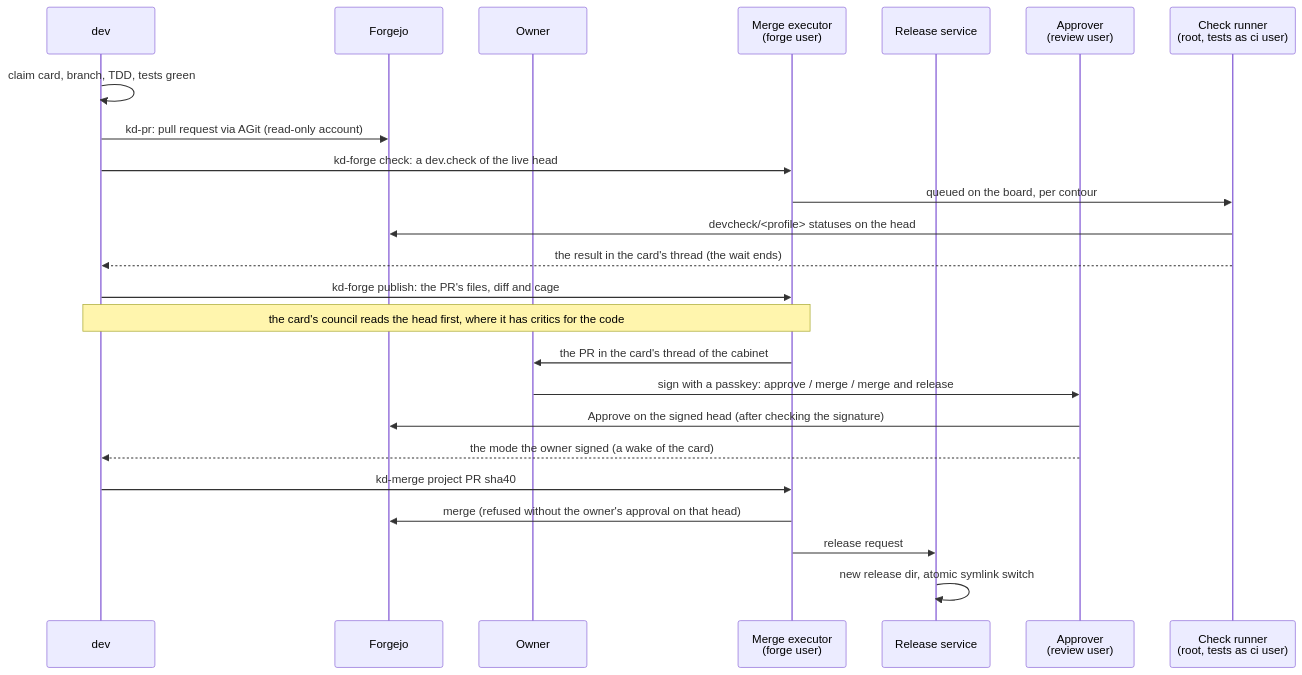
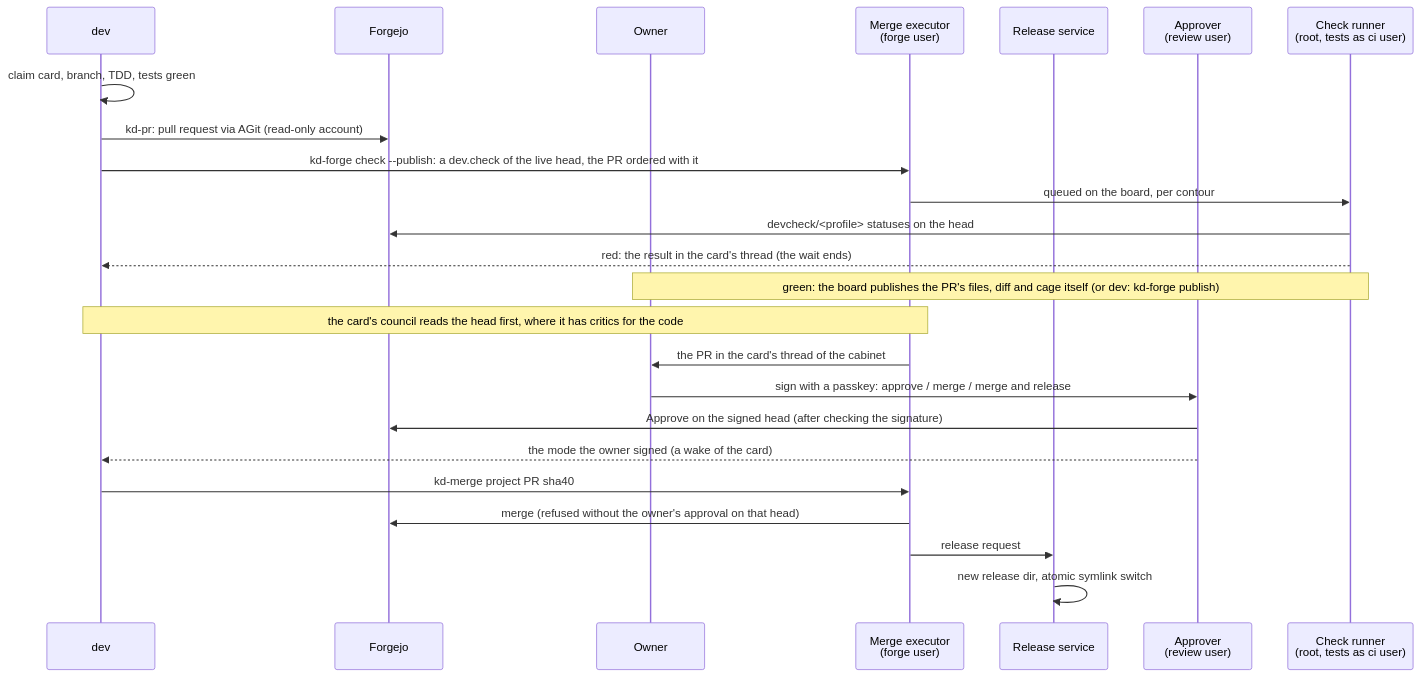
One commit to Dotsen/digipaddock changed the eighth of 10 diagrams in docs/architecture.md. Above: the diagram before and after it, drawn with Mermaid. The commit also changed other lines of this file and 31 other files, not shown here.

````diff
--- a/docs/architecture.md
+++ b/docs/architecture.md
@@ -310,26 +311,26 @@
 ```mermaid
 sequenceDiagram
     participant D as dev
     participant F as Forgejo
     participant O as Owner
     participant M as Merge executor<br/>(forge user)
     participant R as Release service
     D->>D: claim card, branch, TDD, tests green
     participant V as Approver<br/>(review user)
     D->>F: kd-pr: pull request via AGit (read-only account)
     participant C as Check runner<br/>(root, tests as ci user)
-    D->>M: kd-forge check: a dev.check of the live head
+    D->>M: kd-forge check --publish: a dev.check of the live head, the PR ordered with it
     M->>C: queued on the board, per contour
     C->>F: devcheck/<profile> statuses on the head
-    C-->>D: the result in the card's thread (the wait ends)
-    D->>M: kd-forge publish: the PR's files, diff and cage
+    C-->>D: red: the result in the card's thread (the wait ends)
+    Note over C,O: green: the board publishes the PR's files, diff and cage itself (or dev: kd-forge publish)
     Note over D,M: the card's council reads the head first, where it has critics for the code
     M->>O: the PR in the card's thread of the cabinet
     O->>V: sign with a passkey: approve / merge / merge and release
     V->>F: Approve on the signed head (after checking the signature)
     V-->>D: the mode the owner signed (a wake of the card)
     D->>M: kd-merge project PR sha40
     M->>F: merge (refused without the owner's approval on that head)
     M->>R: release request
     R->>R: new release dir, atomic symlink switch
 ```
````
